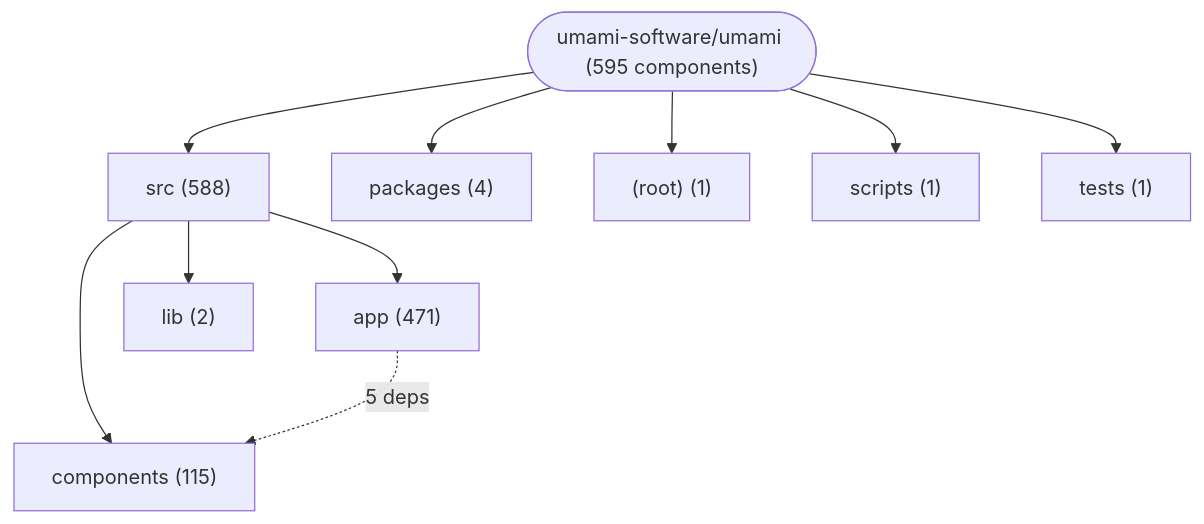
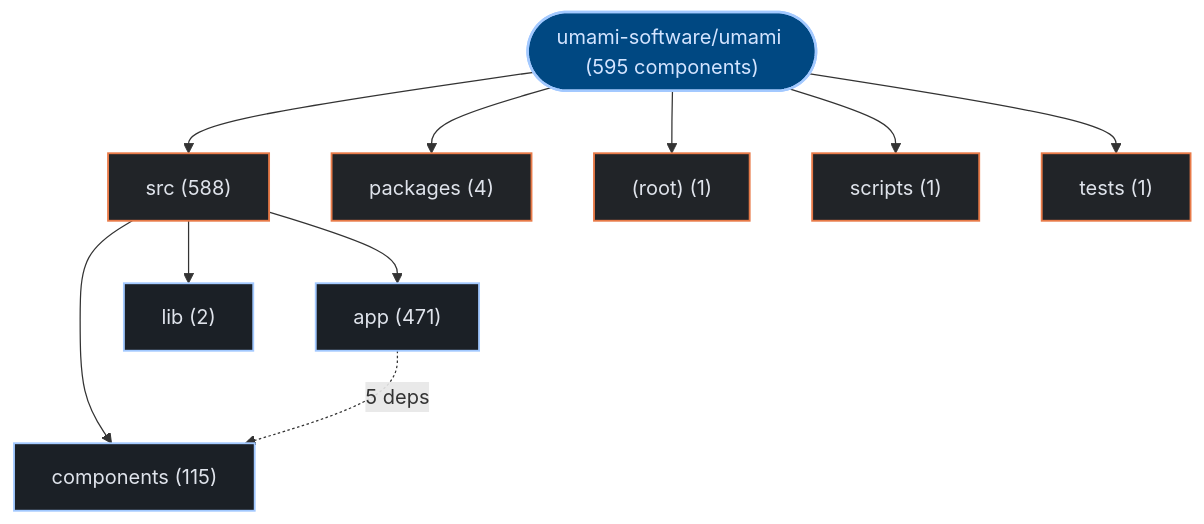
One commit to kumarshaz/atruss-code-atlas changed the first of 3 diagrams in exports/latest/reports/umami-software-umami-report.md. Above: the diagram before and after it, drawn with Mermaid. The commit also changed other lines of this file and 331 other files, not shown here.

Commit message:
docs,ui,fix: update SDLC docs, reorder CI/CD DAG first, stylize Mermaid, and fix Arc42 pipeline topology

````diff
--- a/exports/latest/reports/umami-software-umami-report.md
+++ b/exports/latest/reports/umami-software-umami-report.md
@@ -42,21 +42,28 @@
 ```mermaid
 graph TD;
-    repo_root(["umami-software/umami (595 components)"])
-    dir_0_src["src (588)"]
+  classDef atlasRoot fill:#004882,stroke:#a3c9ff,stroke-width:2px,color:#d3e4ff
+  classDef atlasCategory fill:#212428,stroke:#E87A48,stroke-width:1.5px,color:#dfe3eb
+  classDef atlasWorkflow fill:#1b2026,stroke:#a3c9ff,stroke-width:1.5px,color:#dfe3eb
+  classDef atlasJob fill:#171c22,stroke:#8d9199,stroke-width:1px,color:#dfe3eb
+  classDef atlasTarget fill:#005227,stroke:#8bd99b,stroke-width:1.5px,color:#a7f6b6
+  classDef atlasAlert fill:#93000a,stroke:#ffb4ab,stroke-width:1.5px,color:#ffdad6
+  classDef atlasMore fill:#252a31,stroke:#8d9199,stroke-dasharray:4 4,color:#c3c6cf
+    repo_root(["umami-software/umami (595 components)"]):::atlasRoot
+    dir_0_src["src (588)"]:::atlasCategory
     repo_root --> dir_0_src
-    sub_0_0_app["app (471)"]
+    sub_0_0_app["app (471)"]:::atlasWorkflow
     dir_0_src --> sub_0_0_app
-    sub_0_1_components["components (115)"]
+    sub_0_1_components["components (115)"]:::atlasWorkflow
     dir_0_src --> sub_0_1_components
-    sub_0_2_lib["lib (2)"]
+    sub_0_2_lib["lib (2)"]:::atlasWorkflow
     dir_0_src --> sub_0_2_lib
-    dir_1_packages["packages (4)"]
+    dir_1_packages["packages (4)"]:::atlasCategory
     repo_root --> dir_1_packages
-    dir_2__root_["(root) (1)"]
+    dir_2__root_["(root) (1)"]:::atlasCategory
     repo_root --> dir_2__root_
-    dir_3_scripts["scripts (1)"]
+    dir_3_scripts["scripts (1)"]:::atlasCategory
     repo_root --> dir_3_scripts
-    dir_4_tests["tests (1)"]
+    dir_4_tests["tests (1)"]:::atlasCategory
     repo_root --> dir_4_tests
     sub_0_0_app -.->|"5 deps"| sub_0_1_components
 ```
````
